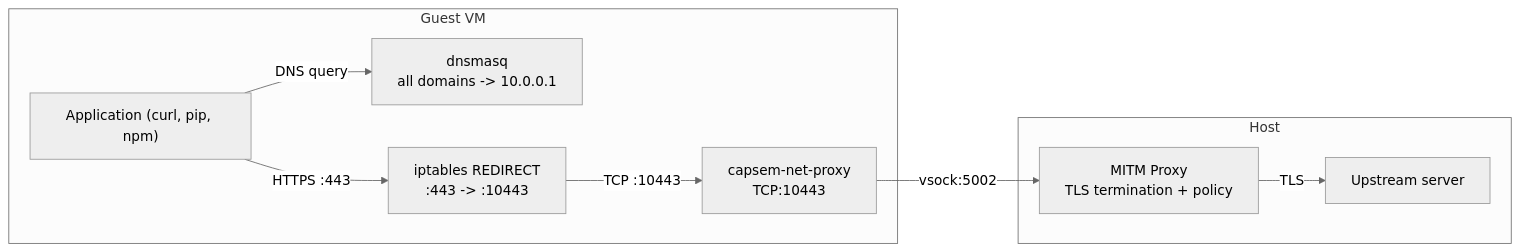
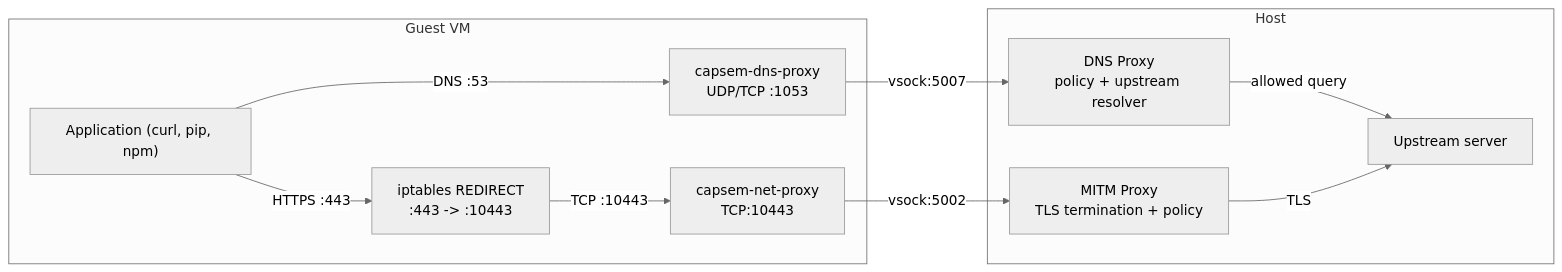
The first of 3 diagrams in docs/src/content/docs/security/network-isolation.md (google/capsem), drawn with Mermaid (neutral theme) before and after one commit. The commit also changed other lines of this file and 552 other files, not shown here.

````diff
--- a/docs/src/content/docs/security/network-isolation.md
+++ b/docs/src/content/docs/security/network-isolation.md
@@ -12,20 +12,23 @@
 ```mermaid
 graph LR
     subgraph "Guest VM"
         APP["Application (curl, pip, npm)"]
-        DNS["dnsmasq<br/>all domains -> 10.0.0.1"]
+        DNS["capsem-dns-proxy<br/>UDP/TCP :1053"]
         IPT["iptables REDIRECT<br/>:443 -> :10443"]
         NP["capsem-net-proxy<br/>TCP:10443"]
     end
 
     subgraph "Host"
+        HDNS["DNS Proxy<br/>policy + upstream resolver"]
         MITM["MITM Proxy<br/>TLS termination + policy"]
         UP["Upstream server"]
     end
 
-    APP -->|DNS query| DNS
+    APP -->|DNS :53| DNS
+    DNS -->|vsock:5007| HDNS
+    HDNS -->|allowed query| UP
     APP -->|HTTPS :443| IPT
     IPT -->|TCP :10443| NP
     NP -->|vsock:5002| MITM
     MITM -->|TLS| UP
 ```
````
